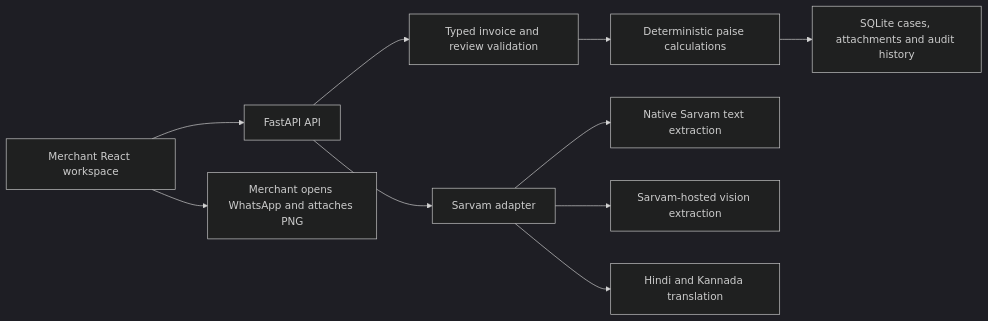
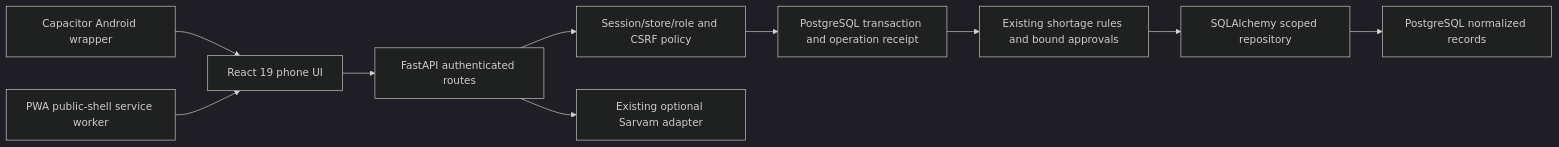
One commit to hemishsrichandra/Munafa changed the diagram in docs/ARCHITECTURE.md. Above: the diagram before and after it, drawn with Mermaid (dark theme). The commit also changed other lines of this file and 115 other files, not shown here.

First line of the commit message:
Implement Batches 2-4: PostgreSQL, mobile PWA and offline sync

````diff
--- a/docs/ARCHITECTURE.md
+++ b/docs/ARCHITECTURE.md
@@ -11,12 +5,12 @@
 ```mermaid
 flowchart LR
-    A[Merchant React workspace] --> B[FastAPI API]
-    B --> C[Typed invoice and review validation]
-    C --> D[Deterministic paise calculations]
-    D --> E[SQLite cases, attachments and audit history]
-    B --> F[Sarvam adapter]
-    F --> G[Native Sarvam text extraction]
-    F --> H[Sarvam-hosted vision extraction]
-    F --> I[Hindi and Kannada translation]
-    A --> J[Merchant opens WhatsApp and attaches PNG]
+    W[React 19 phone UI] --> A[FastAPI authenticated routes]
+    N[Capacitor Android wrapper] --> W
+    P[PWA public-shell service worker] --> W
+    A --> S[Session/store/role and CSRF policy]
+    S --> I[PostgreSQL transaction and operation receipt]
+    I --> D[Existing shortage rules and bound approvals]
+    D --> R[SQLAlchemy scoped repository]
+    R --> DB[PostgreSQL normalized records]
+    A --> AI[Existing optional Sarvam adapter]
 ```
````
